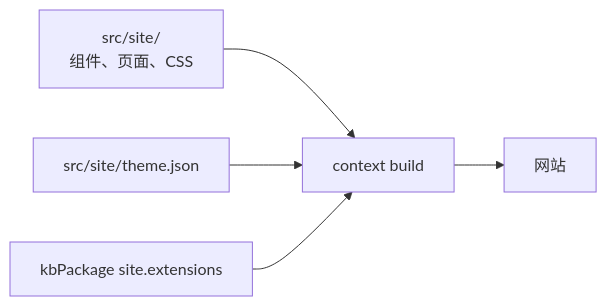
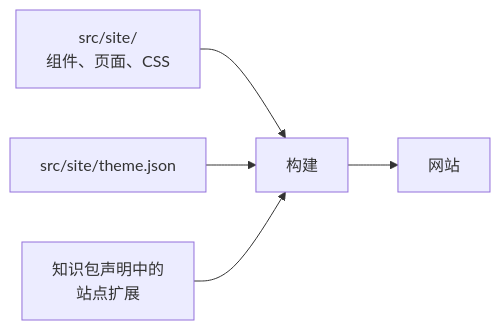
The diagram in translations/zh-CN/sop/outputs-and-sites/page-and-theme-customization.md (context4ai/portal), drawn with Mermaid before and after one commit. The commit also changed other lines of this file and 129 other files, not shown here.

````diff
--- a/translations/zh-CN/sop/outputs-and-sites/page-and-theme-customization.md
+++ b/translations/zh-CN/sop/outputs-and-sites/page-and-theme-customization.md
@@ -16,7 +20,7 @@
 ```mermaid
 flowchart LR
-  ext["src/site/<br/>组件、页面、CSS"] --> build["context build"]
+  ext["src/site/<br/>组件、页面、CSS"] --> build["构建"]
   theme["src/site/theme.json"] --> build
-  cfg["kbPackage site.extensions"] --> build
+  cfg["知识包声明中的<br/>站点扩展"] --> build
   build --> site["网站"]
 ```
````
